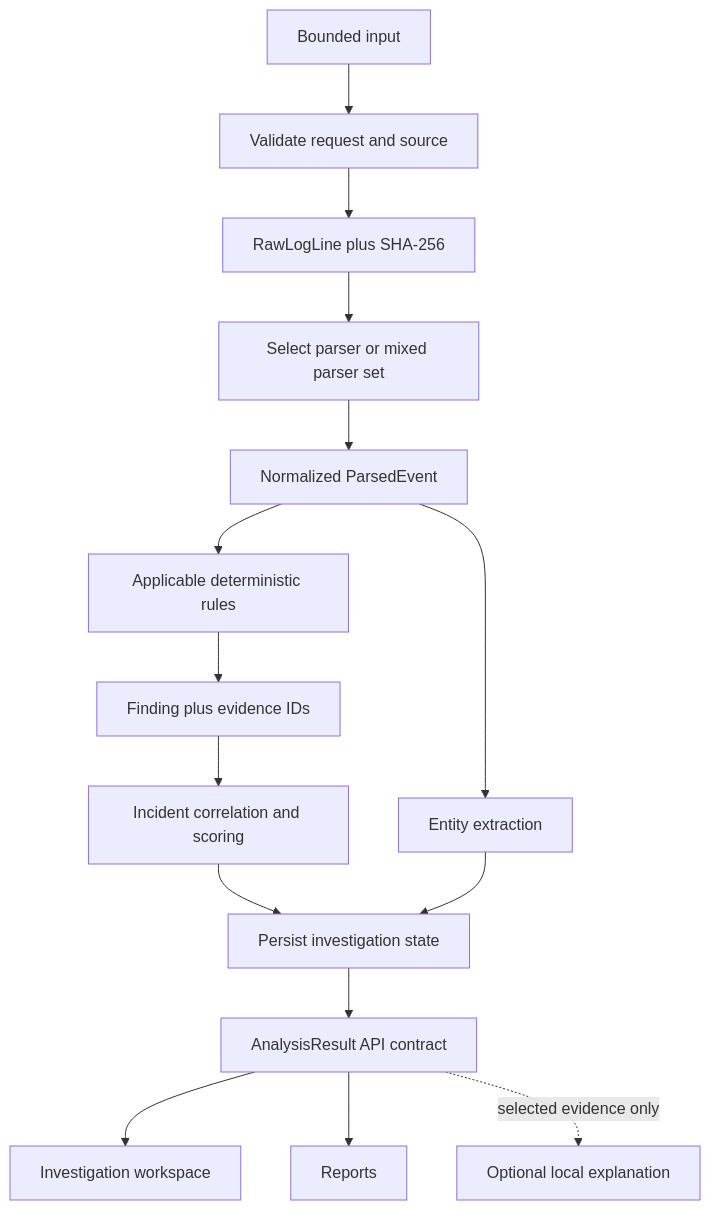
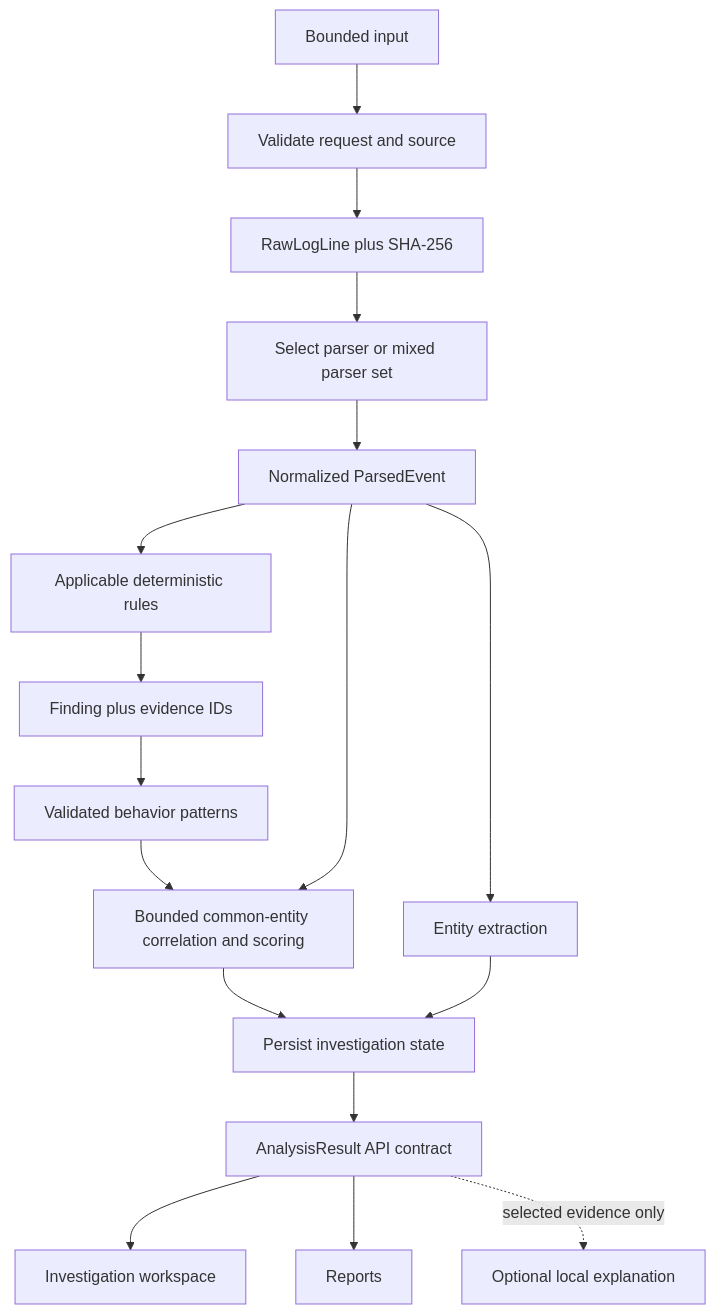
The second of 3 diagrams in docs/architecture.md (0zB0/Security-Log-Analyzer), drawn with Mermaid before and after one commit. The commit also changed other lines of this file and 156 other files, not shown here.

````diff
--- a/docs/architecture.md
+++ b/docs/architecture.md
@@ -52,17 +54,19 @@
 ```mermaid
 flowchart TD
     I["Bounded input"] --> V["Validate request and source"]
     V --> RL["RawLogLine plus SHA-256"]
     RL --> PS["Select parser or mixed parser set"]
     PS --> PE["Normalized ParsedEvent"]
     PE --> DR["Applicable deterministic rules"]
     DR --> F["Finding plus evidence IDs"]
-    F --> C["Incident correlation and scoring"]
+    F --> CP["Validated behavior patterns"]
+    CP --> C["Bounded common-entity correlation and scoring"]
+    PE --> C
     PE --> EN["Entity extraction"]
     C --> P["Persist investigation state"]
     EN --> P
     P --> AR["AnalysisResult API contract"]
     AR --> UI["Investigation workspace"]
     AR --> RP["Reports"]
     AR -. "selected evidence only" .-> AI["Optional local explanation"]
 ```
````
